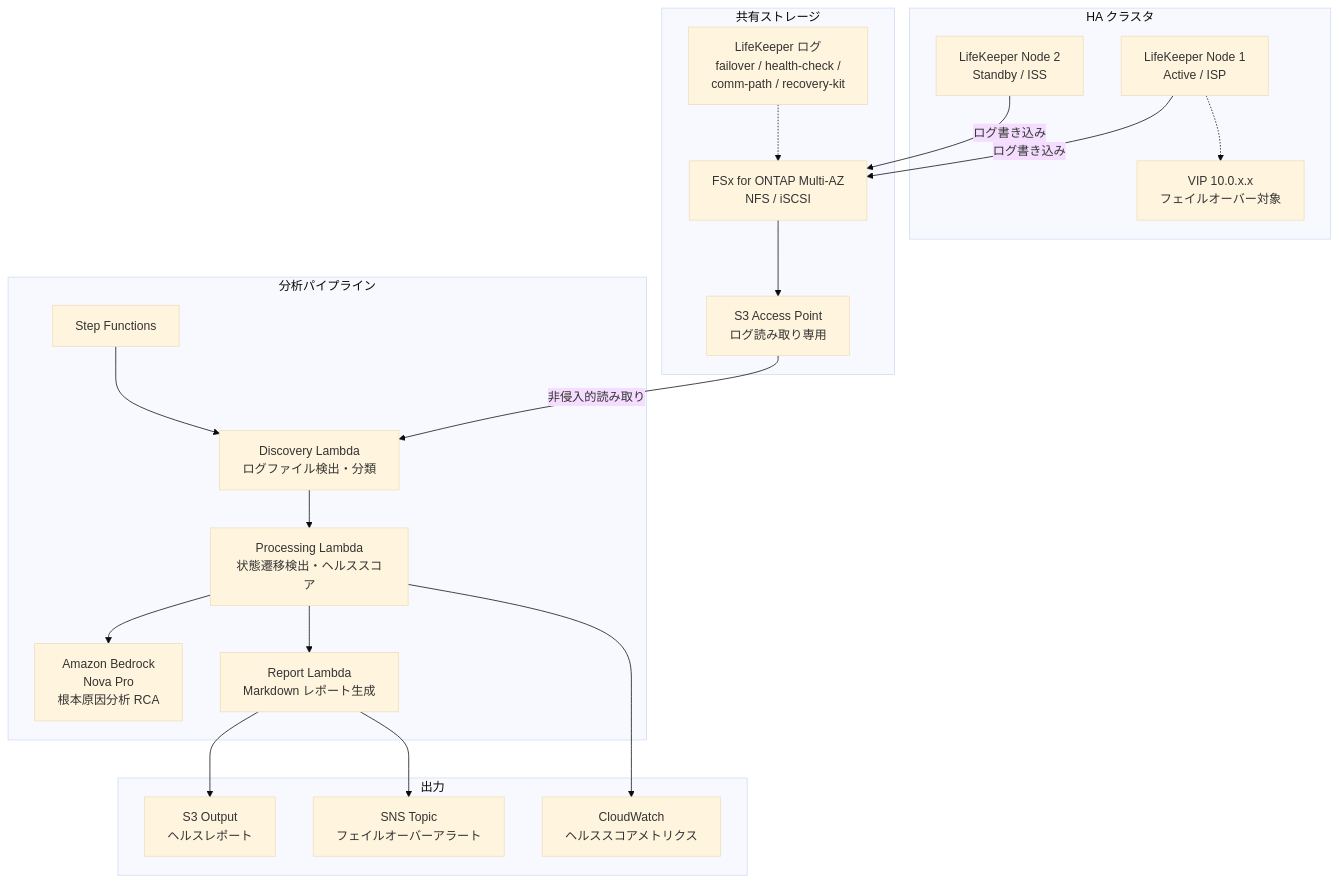
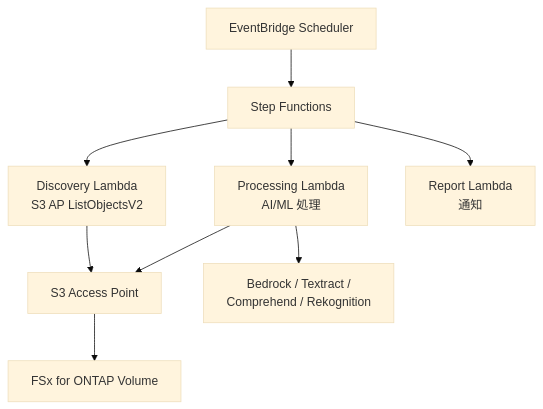
Before and after one commit to Yoshiki0705/FSx-for-ONTAP-S3AccessPoints-Serverless-Patterns: the diagram in README.md, drawn with Mermaid (base theme). The commit also changed other lines of this file and 1 other file, not shown here.

````diff
--- a/README.md
+++ b/README.md
@@ -590,44 +119,11 @@
 ```mermaid
-%% accTitle: HA LifeKeeper Monitoring アーキテクチャ
-%% accDescr: LifeKeeper HA クラスタのログを S3 AP 経由で非侵入的に読み取り、Bedrock で根本原因分析とヘルススコアリングを実行する図
 graph TB
-    subgraph "HA クラスタ"
-        LK1[LifeKeeper Node 1<br/>Active / ISP]
-        LK2[LifeKeeper Node 2<br/>Standby / ISS]
-        VIP[VIP 10.0.x.x<br/>フェイルオーバー対象]
-    end
-
-    subgraph "共有ストレージ"
-        FSXN[FSx for ONTAP Multi-AZ<br/>NFS / iSCSI]
-        S3AP[S3 Access Point<br/>ログ読み取り専用]
-        LOGS[LifeKeeper ログ<br/>failover / health-check /<br/>comm-path / recovery-kit]
-    end
-
-    subgraph "分析パイプライン"
-        SFN[Step Functions]
-        DISC[Discovery Lambda<br/>ログファイル検出・分類]
-        PROC[Processing Lambda<br/>状態遷移検出・ヘルススコア]
-        BEDROCK[Amazon Bedrock<br/>Nova Pro<br/>根本原因分析 RCA]
-        RPT[Report Lambda<br/>Markdown レポート生成]
-    end
-
-    subgraph "出力"
-        S3OUT[S3 Output<br/>ヘルスレポート]
-        SNS[SNS Topic<br/>フェイルオーバーアラート]
-        CW[CloudWatch<br/>ヘルススコアメトリクス]
-    end
-
-    LK1 -->|ログ書き込み| FSXN
-    LK2 -->|ログ書き込み| FSXN
-    LK1 -.-> VIP
-    FSXN --> S3AP
-    S3AP -->|非侵入的読み取り| DISC
-
-    SFN --> DISC --> PROC --> RPT
-    PROC --> BEDROCK
-    RPT --> S3OUT
-    RPT --> SNS
-    PROC --> CW
-
-    LOGS -.-> FSXN
+    EBS[EventBridge Scheduler] --> SFN[Step Functions]
+    SFN --> DL[Discovery Lambda<br/>S3 AP ListObjectsV2]
+    SFN --> PL[Processing Lambda<br/>AI/ML 処理]
+    SFN --> RL[Report Lambda<br/>通知]
+    DL --> S3AP[S3 Access Point]
+    PL --> S3AP
+    S3AP --> FSXN[FSx for ONTAP Volume]
+    PL --> AI[Bedrock / Textract /<br/>Comprehend / Rekognition]
 ```
````
